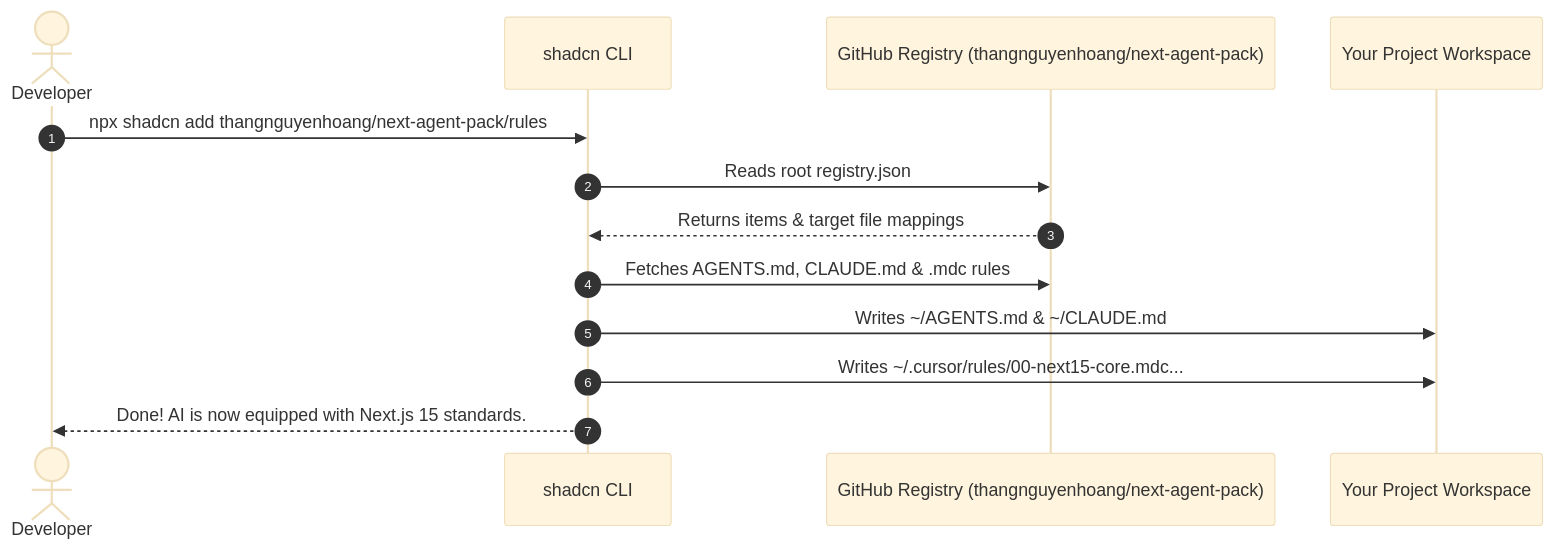
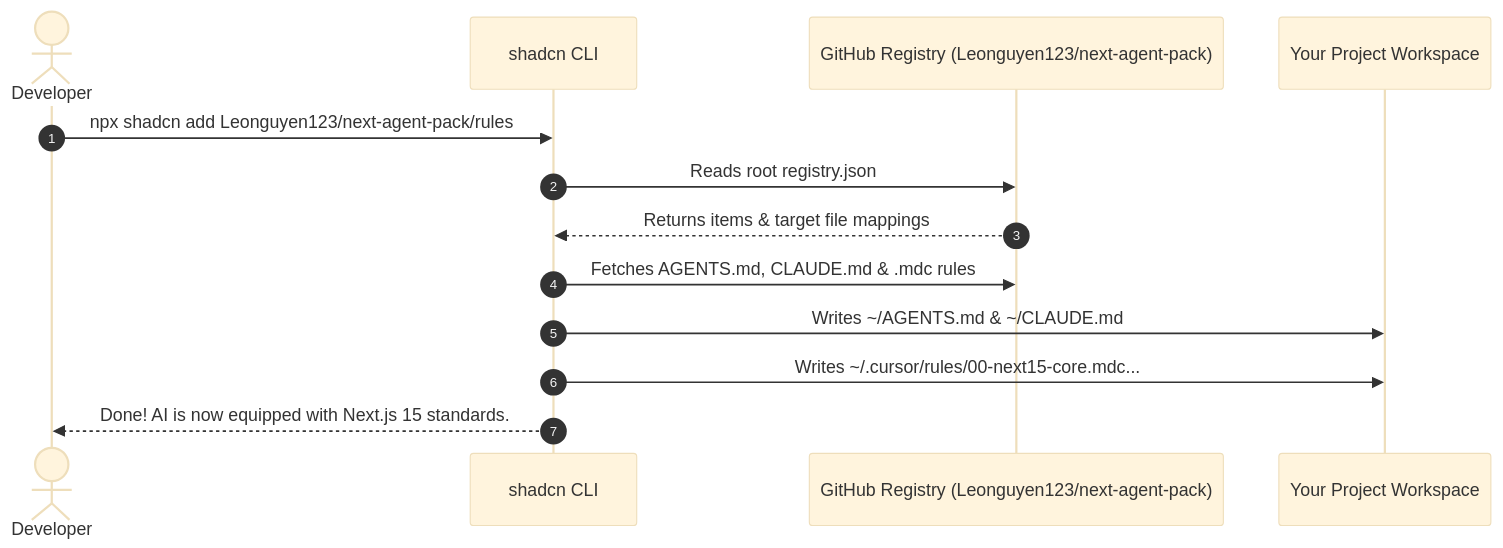
The diagram in README.md (Leonguyen123/next-agent-pack), drawn with Mermaid (base theme) before and after one commit. The commit also changed other lines of this file and 2 other files, not shown here.

Commit message:
chore: set correct GitHub username Leonguyen123

````diff
--- a/README.md
+++ b/README.md
@@ -76,16 +76,16 @@
 ```mermaid
 sequenceDiagram
     autonumber
     actor Dev as Developer
     participant CLI as shadcn CLI
-    participant GH as GitHub Registry (thangnguyenhoang/next-agent-pack)
+    participant GH as GitHub Registry (Leonguyen123/next-agent-pack)
     participant Workspace as Your Project Workspace
 
-    Dev->>CLI: npx shadcn add thangnguyenhoang/next-agent-pack/rules
+    Dev->>CLI: npx shadcn add Leonguyen123/next-agent-pack/rules
     CLI->>GH: Reads root registry.json
     GH-->>CLI: Returns items & target file mappings
     CLI->>GH: Fetches AGENTS.md, CLAUDE.md & .mdc rules
     CLI->>Workspace: Writes ~/AGENTS.md & ~/CLAUDE.md
     CLI->>Workspace: Writes ~/.cursor/rules/00-next15-core.mdc...
     CLI-->>Dev: Done! AI is now equipped with Next.js 15 standards.
 ```
````
